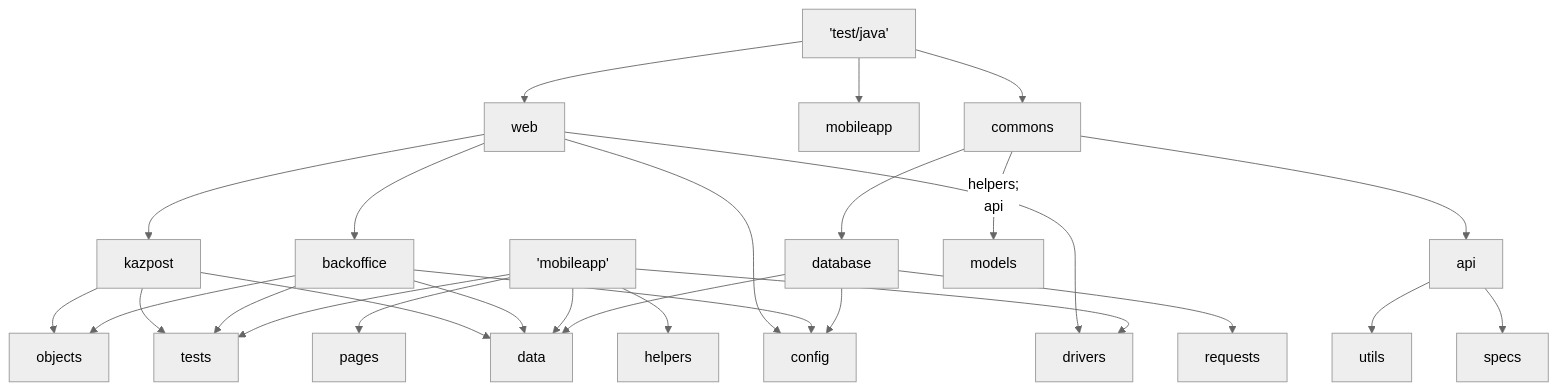
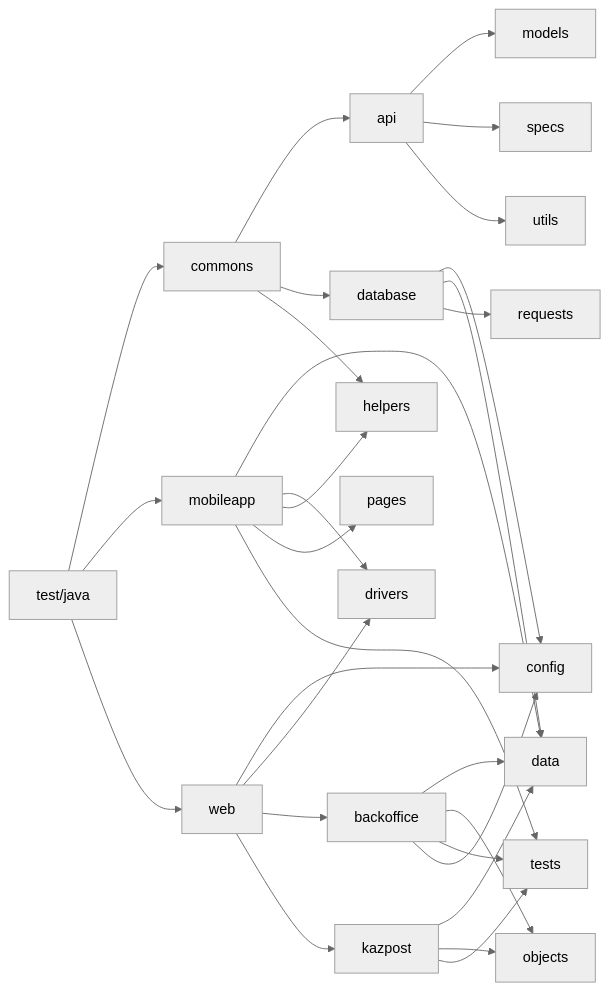
One commit to alena-shs/tabys-tests changed the diagram in README.md. Above: the diagram before and after it, drawn with Mermaid (neutral theme).

Commit message:
readme.md

````diff
--- a/README.md
+++ b/README.md
@@ -109,31 +109,16 @@
 ```mermaid
-  graph TD;
-      'test/java'-->commons;
-      'test/java'-->mobileapp;
-      'test/java'-->web;
+  graph LR;
+      test["test/java"]-->commons;
+      test["test/java"]-->mobileapp;
+      test["test/java"]-->web;
       web-->config;
       web-->drivers;
       web-->backoffice;
       web-->kazpost;
-      kazpost-->data;
-      kazpost-->objects;
-      kazpost-->tests;
-      backoffice-->data;
-      backoffice-->objects;
-      backoffice-->tests;
-      backoffice-->config;
-      'mobileapp'-->data;
-      'mobileapp'-->drivers;
-      'mobileapp'-->helpers;
-      'mobileapp'-->pages;
-      'mobileapp'-->tests;
-      commons-->api;
-      commons-->database;
-      commons--helpers;
-      api-->models;
-      api-->specs;
-      api-->utils;
-      database-->config;
-      database-->data;
-      database-->requests;
+      kazpost-->data & objects & tests;
+      backoffice-->data & objects & tests & config;
+      mobileapp-->data & drivers & helpers & pages & tests;
+      commons --> api & database & helpers;
+      api --> models & specs & utils;
+      database --> config & data & requests;
 ```
````
